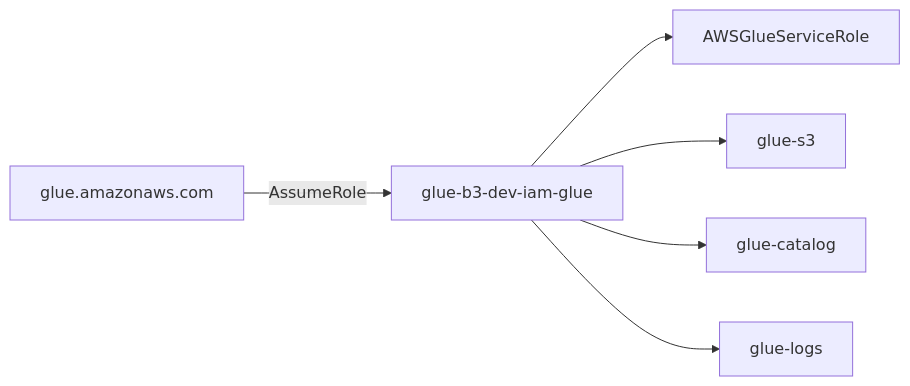
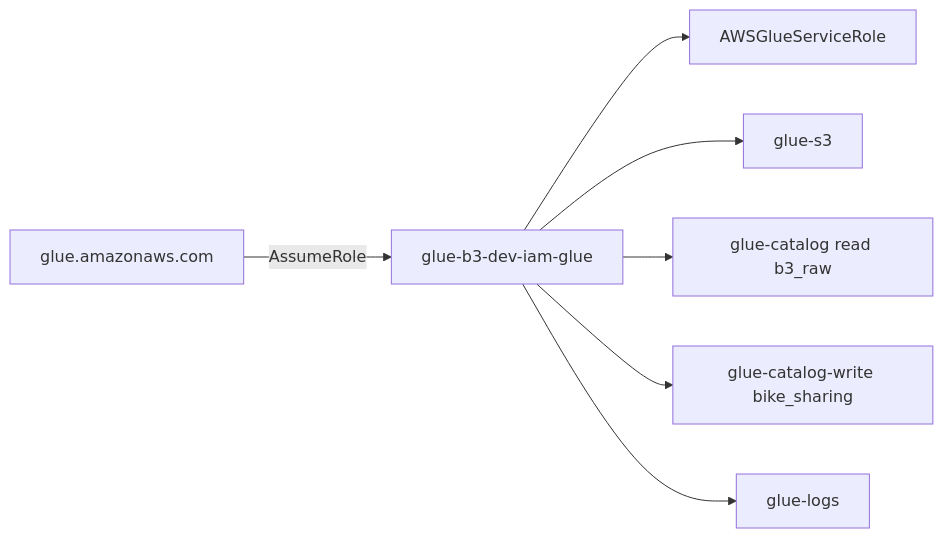
The fifth of 5 diagrams in docs/architecture.md (welligtoncos/bike-sharing-forecast-aws), drawn with Mermaid before and after one commit. The commit also changed other lines of this file and 13 other files, not shown here.

````diff
--- a/docs/architecture.md
+++ b/docs/architecture.md
@@ -104,9 +146,10 @@
 ```mermaid
 flowchart LR
     GLUE[glue.amazonaws.com] -->|AssumeRole| ROLE[glue-b3-dev-iam-glue]
 
     ROLE --> P1[AWSGlueServiceRole]
     ROLE --> P2[glue-s3]
-    ROLE --> P3[glue-catalog]
-    ROLE --> P4[glue-logs]
+    ROLE --> P3[glue-catalog read b3_raw]
+    ROLE --> P4[glue-catalog-write bike_sharing]
+    ROLE --> P5[glue-logs]
 ```
````
